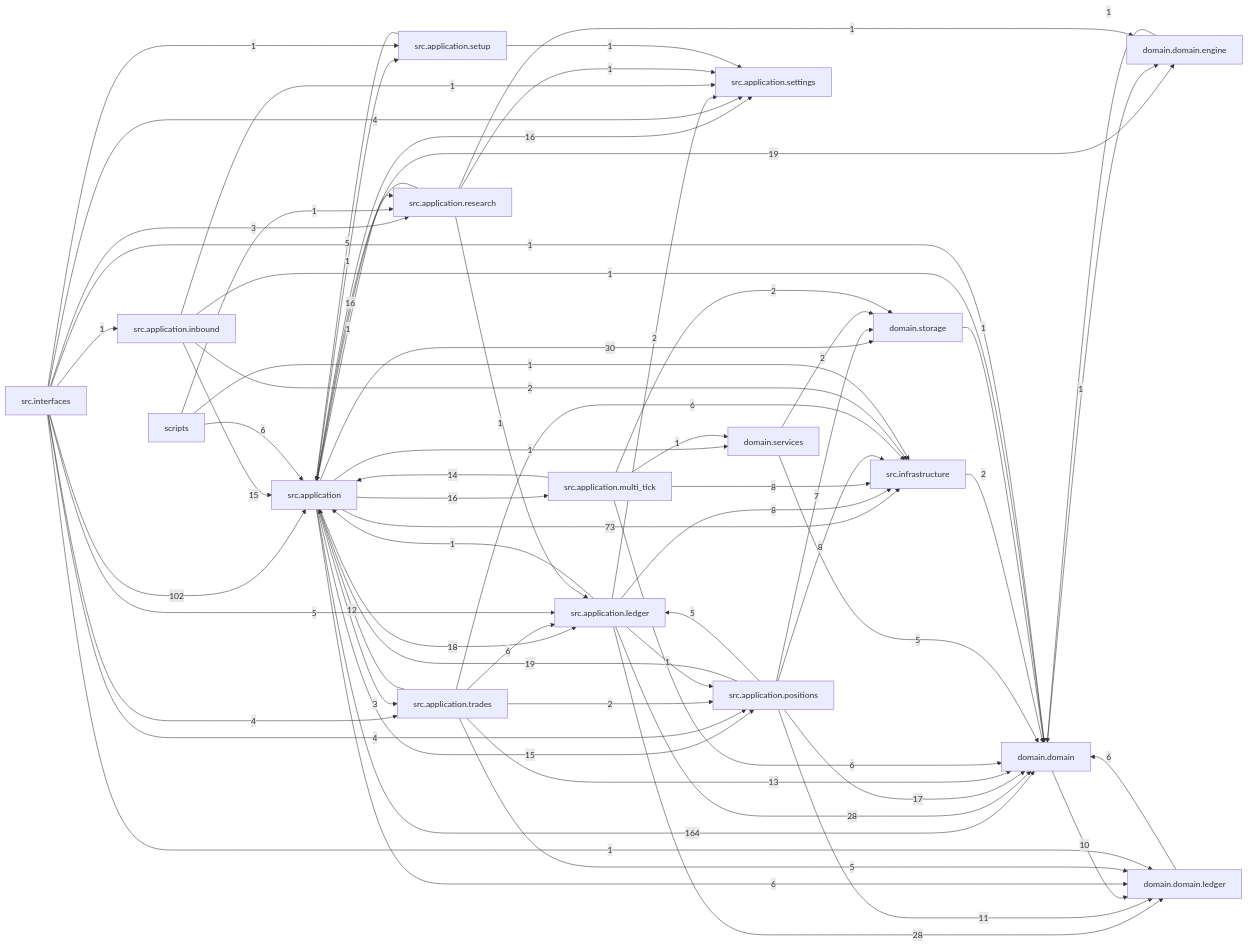
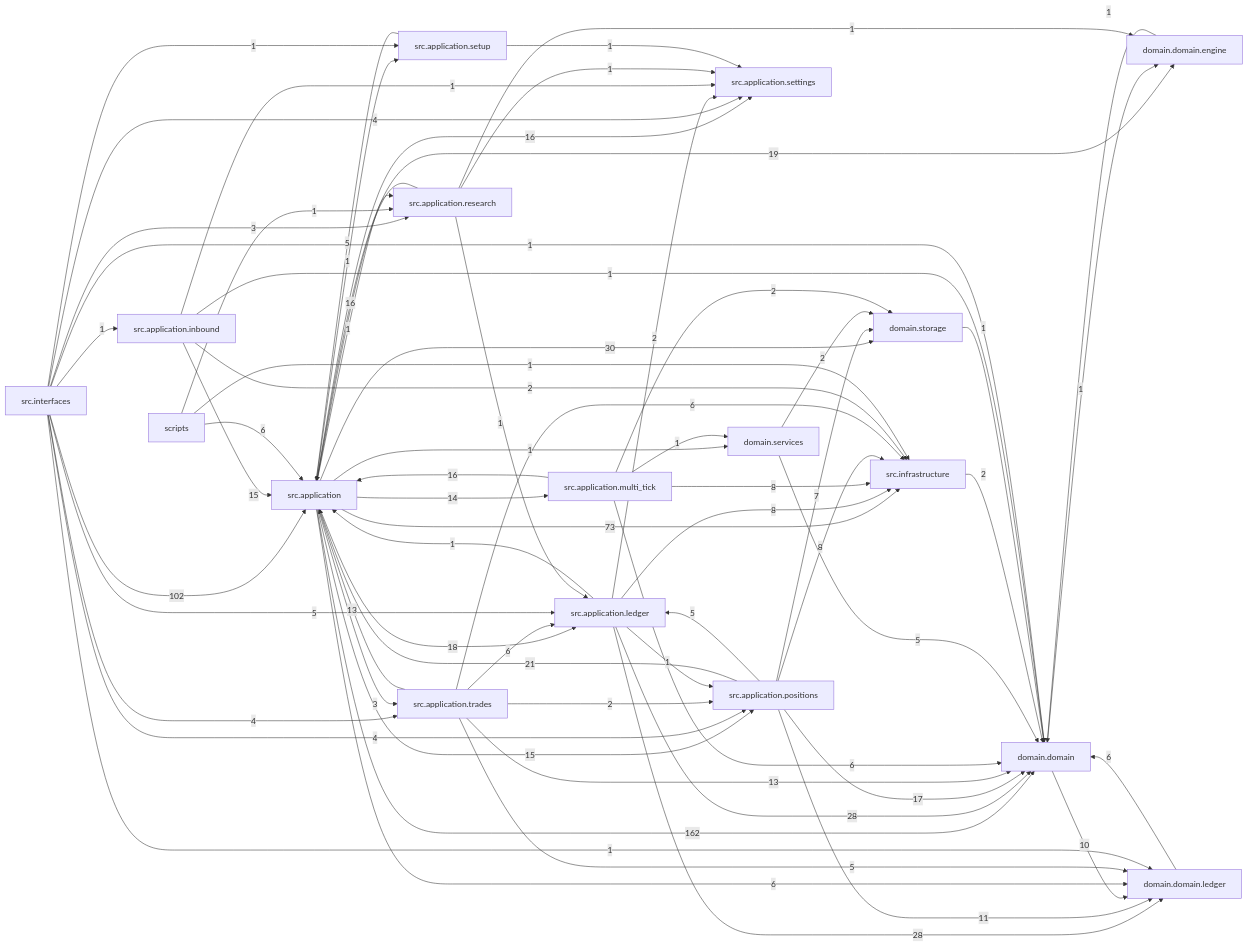
Before and after one commit to liuxie066/options-monitor: the diagram in docs/dependency_graph.mmd, drawn with Mermaid. The commit also changed 8 other files, not shown here.

```diff
--- a/docs/dependency_graph.mmd
+++ b/docs/dependency_graph.mmd
@@ -1,68 +1,68 @@
 flowchart LR
-  src_application["src.application"] -->|164| domain_domain["domain.domain"]
+  src_application["src.application"] -->|162| domain_domain["domain.domain"]
   src_interfaces["src.interfaces"] -->|102| src_application["src.application"]
   src_application["src.application"] -->|73| src_infrastructure["src.infrastructure"]
   src_application["src.application"] -->|30| domain_storage["domain.storage"]
   src_application_ledger["src.application.ledger"] -->|28| domain_domain["domain.domain"]
   src_application_ledger["src.application.ledger"] -->|28| domain_domain_ledger["domain.domain.ledger"]
+  src_application_positions["src.application.positions"] -->|21| src_application["src.application"]
   src_application["src.application"] -->|19| domain_domain_engine["domain.domain.engine"]
-  src_application_positions["src.application.positions"] -->|19| src_application["src.application"]
   src_application["src.application"] -->|18| src_application_ledger["src.application.ledger"]
   src_application_positions["src.application.positions"] -->|17| domain_domain["domain.domain"]
-  src_application["src.application"] -->|16| src_application_multi_tick["src.application.multi_tick"]
   src_application["src.application"] -->|16| src_application_settings["src.application.settings"]
+  src_application_multi_tick["src.application.multi_tick"] -->|16| src_application["src.application"]
   src_application_research["src.application.research"] -->|16| src_application["src.application"]
   src_application["src.application"] -->|15| src_application_positions["src.application.positions"]
   src_application_inbound["src.application.inbound"] -->|15| src_application["src.application"]
-  src_application_multi_tick["src.application.multi_tick"] -->|14| src_application["src.application"]
+  src_application["src.application"] -->|14| src_application_multi_tick["src.application.multi_tick"]
   src_application_trades["src.application.trades"] -->|13| domain_domain["domain.domain"]
-  src_application_trades["src.application.trades"] -->|12| src_application["src.application"]
+  src_application_trades["src.application.trades"] -->|13| src_application["src.application"]
   src_application_positions["src.application.positions"] -->|11| domain_domain_ledger["domain.domain.ledger"]
   domain_domain["domain.domain"] -->|10| domain_domain_ledger["domain.domain.ledger"]
   src_application_ledger["src.application.ledger"] -->|8| src_infrastructure["src.infrastructure"]
   src_application_multi_tick["src.application.multi_tick"] -->|8| src_infrastructure["src.infrastructure"]
   src_application_positions["src.application.positions"] -->|8| src_infrastructure["src.infrastructure"]
   src_application_positions["src.application.positions"] -->|7| domain_storage["domain.storage"]
   domain_domain_ledger["domain.domain.ledger"] -->|6| domain_domain["domain.domain"]
   scripts["scripts"] -->|6| src_application["src.application"]
   src_application["src.application"] -->|6| domain_domain_ledger["domain.domain.ledger"]
   src_application_multi_tick["src.application.multi_tick"] -->|6| domain_domain["domain.domain"]
   src_application_trades["src.application.trades"] -->|6| src_application_ledger["src.application.ledger"]
   src_application_trades["src.application.trades"] -->|6| src_infrastructure["src.infrastructure"]
   domain_services["domain.services"] -->|5| domain_domain["domain.domain"]
   src_application_positions["src.application.positions"] -->|5| src_application_ledger["src.application.ledger"]
   src_application_setup["src.application.setup"] -->|5| src_application["src.application"]
   src_application_trades["src.application.trades"] -->|5| domain_domain_ledger["domain.domain.ledger"]
   src_interfaces["src.interfaces"] -->|5| src_application_ledger["src.application.ledger"]
   src_interfaces["src.interfaces"] -->|4| src_application_positions["src.application.positions"]
   src_interfaces["src.interfaces"] -->|4| src_application_settings["src.application.settings"]
   src_interfaces["src.interfaces"] -->|4| src_application_trades["src.application.trades"]
   src_application["src.application"] -->|3| src_application_trades["src.application.trades"]
   src_interfaces["src.interfaces"] -->|3| src_application_research["src.application.research"]
   domain_services["domain.services"] -->|2| domain_storage["domain.storage"]
   src_application_inbound["src.application.inbound"] -->|2| src_infrastructure["src.infrastructure"]
   src_application_ledger["src.application.ledger"] -->|2| src_application_settings["src.application.settings"]
   src_application_multi_tick["src.application.multi_tick"] -->|2| domain_storage["domain.storage"]
   src_application_trades["src.application.trades"] -->|2| src_application_positions["src.application.positions"]
   src_infrastructure["src.infrastructure"] -->|2| domain_domain["domain.domain"]
   domain_domain["domain.domain"] -->|1| domain_domain_engine["domain.domain.engine"]
   domain_domain_engine["domain.domain.engine"] -->|1| domain_domain["domain.domain"]
   domain_storage["domain.storage"] -->|1| domain_domain["domain.domain"]
   scripts["scripts"] -->|1| src_application_research["src.application.research"]
   scripts["scripts"] -->|1| src_infrastructure["src.infrastructure"]
   src_application["src.application"] -->|1| domain_services["domain.services"]
   src_application["src.application"] -->|1| src_application_research["src.application.research"]
   src_application["src.application"] -->|1| src_application_setup["src.application.setup"]
   src_application_inbound["src.application.inbound"] -->|1| domain_domain["domain.domain"]
   src_application_inbound["src.application.inbound"] -->|1| src_application_settings["src.application.settings"]
   src_application_ledger["src.application.ledger"] -->|1| src_application["src.application"]
   src_application_ledger["src.application.ledger"] -->|1| src_application_positions["src.application.positions"]
   src_application_multi_tick["src.application.multi_tick"] -->|1| domain_services["domain.services"]
   src_application_research["src.application.research"] -->|1| domain_domain_engine["domain.domain.engine"]
   src_application_research["src.application.research"] -->|1| src_application_ledger["src.application.ledger"]
   src_application_research["src.application.research"] -->|1| src_application_settings["src.application.settings"]
   src_application_setup["src.application.setup"] -->|1| src_application_settings["src.application.settings"]
   src_interfaces["src.interfaces"] -->|1| domain_domain["domain.domain"]
   src_interfaces["src.interfaces"] -->|1| domain_domain_ledger["domain.domain.ledger"]
   src_interfaces["src.interfaces"] -->|1| src_application_inbound["src.application.inbound"]
   src_interfaces["src.interfaces"] -->|1| src_application_setup["src.application.setup"]
```
